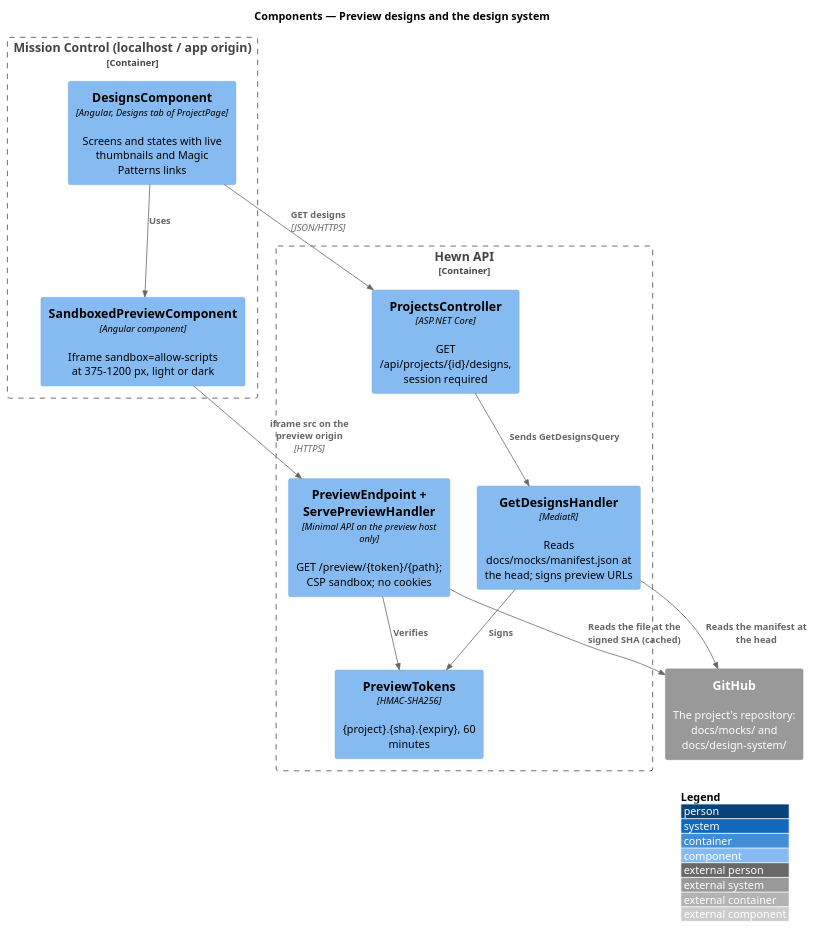
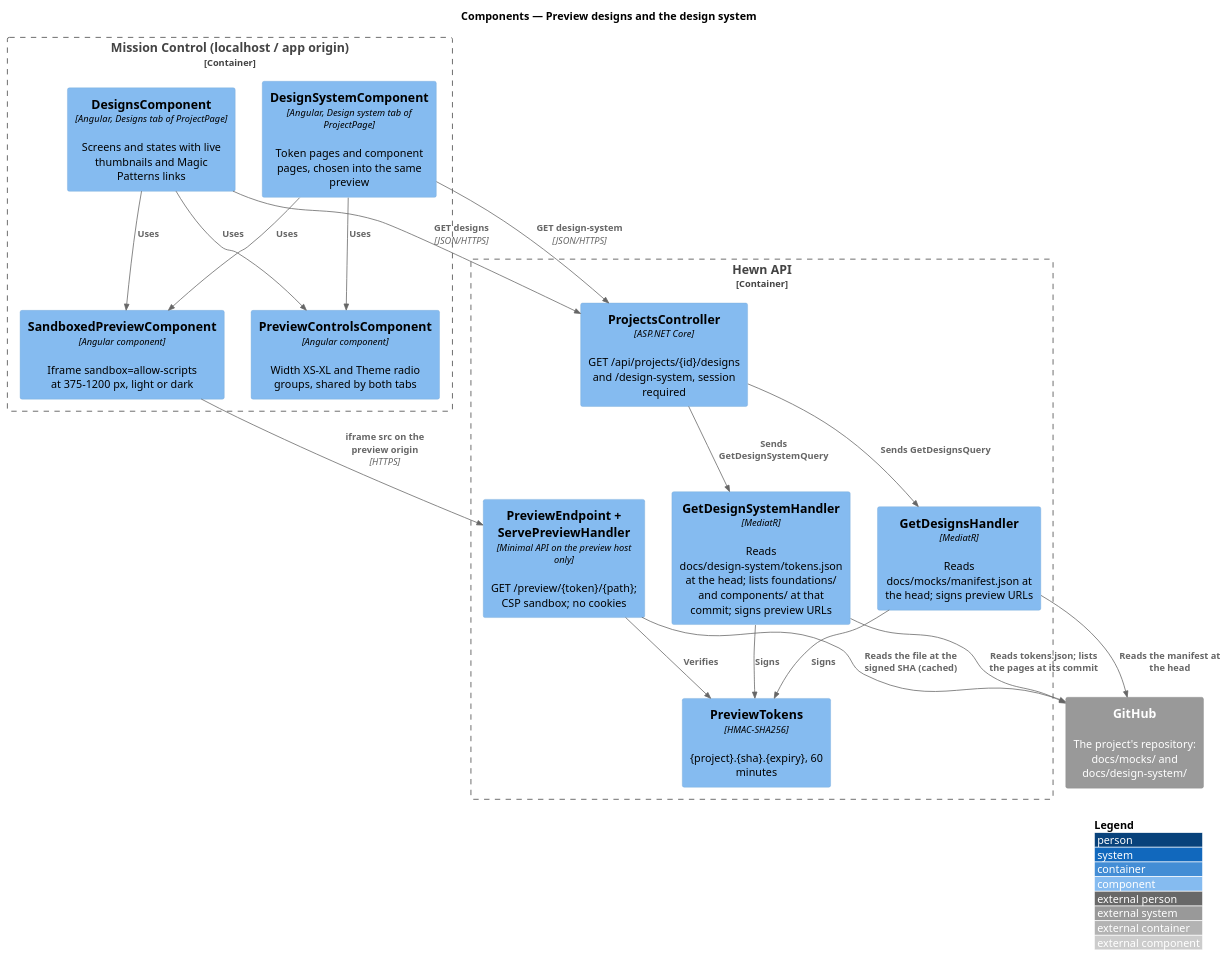
One commit to QuinntyneBrown/hewn changed the diagram in docs/detailed-designs/mission-control/preview-designs/diagrams/c4-component.puml. Above: the diagram before and after it, drawn with PlantUML. The commit also changed 59 other files, not shown here.

First line of the commit message:
Browse the design system (journey 15, L2-012) (#23)

```diff
--- a/docs/detailed-designs/mission-control/preview-designs/diagrams/c4-component.puml
+++ b/docs/detailed-designs/mission-control/preview-designs/diagrams/c4-component.puml
@@ -1,26 +1,36 @@
 @startuml
 !include <C4/C4_Component>
 LAYOUT_WITH_LEGEND()
 title Components — Preview designs and the design system
 
 System_Ext(gh, "GitHub", "The project's repository: docs/mocks/ and docs/design-system/")
 Container_Boundary(spa_b, "Mission Control (localhost / app origin)") {
   Component(designs, "DesignsComponent", "Angular, Designs tab of ProjectPage", "Screens and states with live thumbnails and Magic Patterns links")
+  Component(ds, "DesignSystemComponent", "Angular, Design system tab of ProjectPage", "Token pages and component pages, chosen into the same preview")
+  Component(ctl, "PreviewControlsComponent", "Angular component", "Width XS-XL and Theme radio groups, shared by both tabs")
   Component(prev, "SandboxedPreviewComponent", "Angular component", "Iframe sandbox=allow-scripts at 375-1200 px, light or dark")
 }
 Container_Boundary(api_b, "Hewn API") {
-  Component(ctrl, "ProjectsController", "ASP.NET Core", "GET /api/projects/{id}/designs, session required")
+  Component(ctrl, "ProjectsController", "ASP.NET Core", "GET /api/projects/{id}/designs and /design-system, session required")
   Component(list, "GetDesignsHandler", "MediatR", "Reads docs/mocks/manifest.json at the head; signs preview URLs")
+  Component(dsl, "GetDesignSystemHandler", "MediatR", "Reads docs/design-system/tokens.json at the head; lists foundations/ and components/ at that commit; signs preview URLs")
   Component(tok, "PreviewTokens", "HMAC-SHA256", "{project}.{sha}.{expiry}, 60 minutes")
   Component(host, "PreviewEndpoint + ServePreviewHandler", "Minimal API on the preview host only", "GET /preview/{token}/{path}; CSP sandbox; no cookies")
 }
 
 Rel(designs, prev, "Uses")
+Rel(designs, ctl, "Uses")
+Rel(ds, prev, "Uses")
+Rel(ds, ctl, "Uses")
+Rel(ds, ctrl, "GET design-system", "JSON/HTTPS")
+Rel(ctrl, dsl, "Sends GetDesignSystemQuery")
+Rel(dsl, tok, "Signs")
+Rel(dsl, gh, "Reads tokens.json; lists the pages at its commit")
 Rel(designs, ctrl, "GET designs", "JSON/HTTPS")
 Rel(ctrl, list, "Sends GetDesignsQuery")
 Rel(list, tok, "Signs")
 Rel(list, gh, "Reads the manifest at the head")
 Rel(prev, host, "iframe src on the preview origin", "HTTPS")
 Rel(host, tok, "Verifies")
 Rel(host, gh, "Reads the file at the signed SHA (cached)")
 @enduml
```
